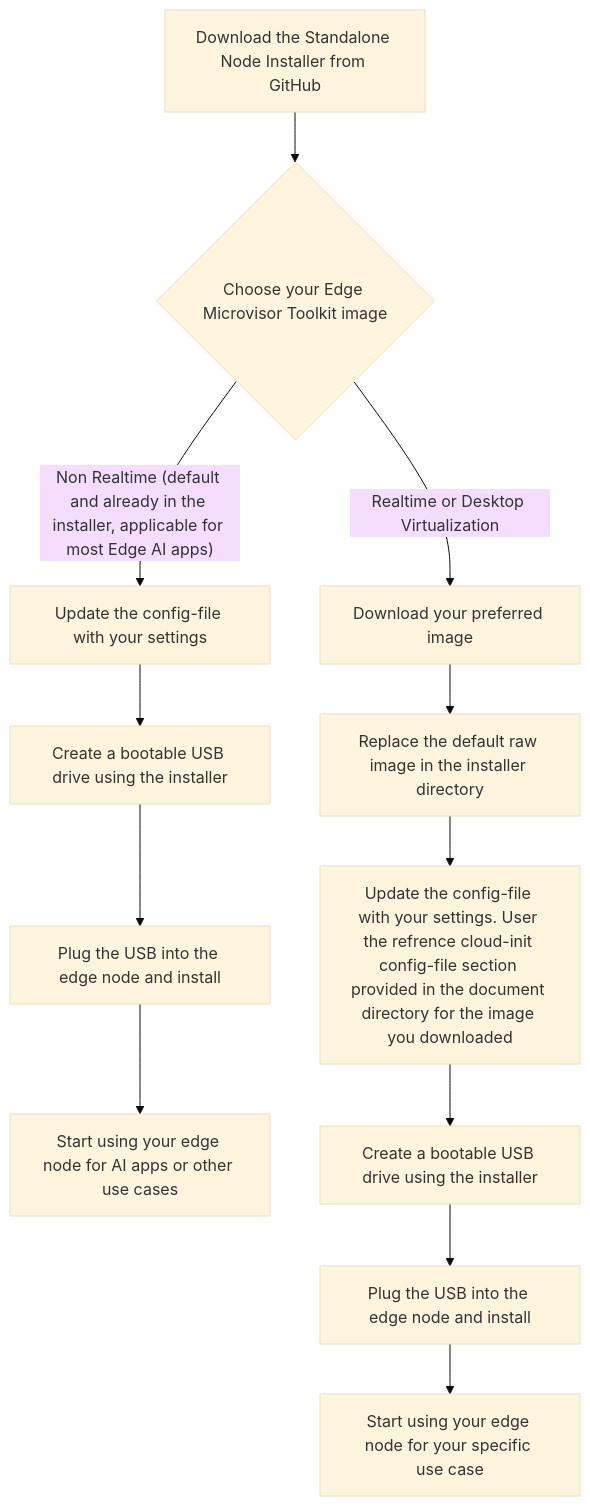
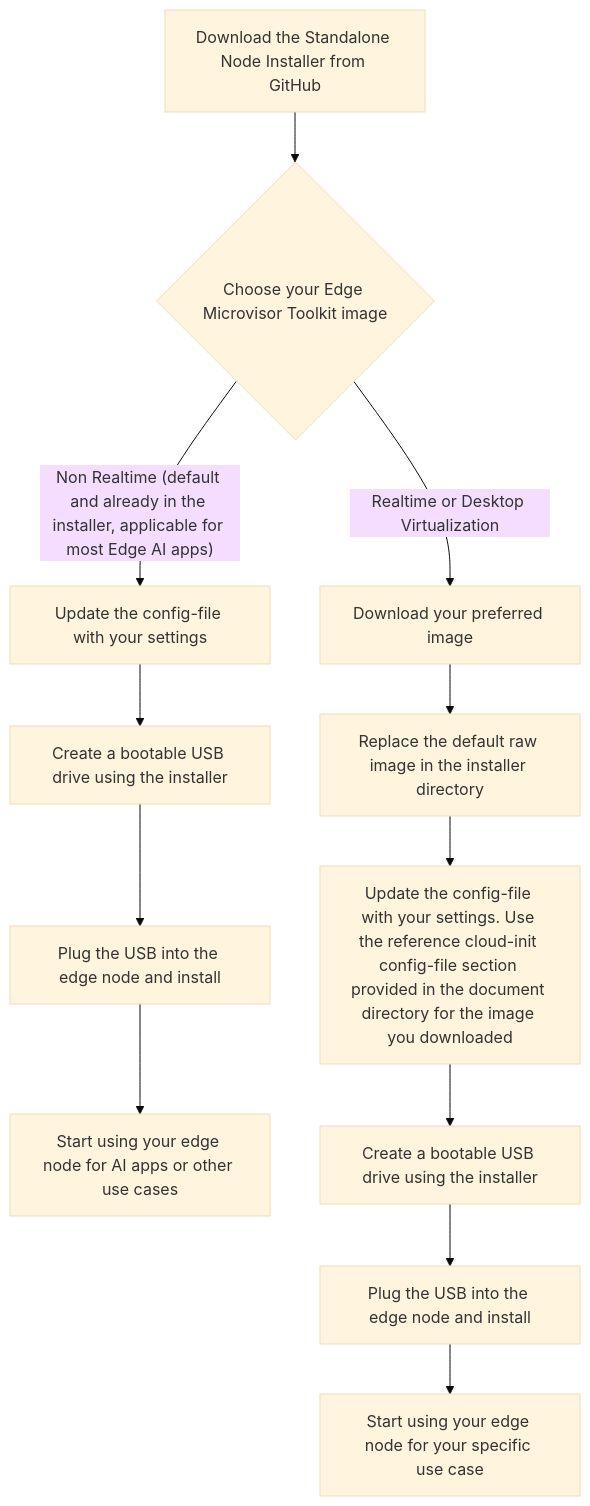
The diagram in standalone-node/docs/user-guide/Get-Started-Guide.md (open-edge-platform/edge-microvisor-toolkit-standalone-node), drawn with Mermaid (base theme) before and after one commit. The commit also changed other lines of this file, not shown here.

Commit message:
added image replace step on usb and fix lint

````diff
--- a/standalone-node/docs/user-guide/Get-Started-Guide.md
+++ b/standalone-node/docs/user-guide/Get-Started-Guide.md
@@ -53,16 +54,16 @@
 ```mermaid
 flowchart TD
    A[Download the Standalone Node Installer from GitHub]
    A --> B{Choose your Edge Microvisor Toolkit image}
    B -- "Non Realtime (default and already in the installer, applicable for most Edge AI apps)" --> C[Update the config-file with your settings]
    C --> D[Create a bootable USB drive using the installer]
    D --> E[Plug the USB into the edge node and install]
    E --> F[Start using your edge node for AI apps or other use cases]
 
    B -- "Realtime or Desktop Virtualization" --> G[Download your preferred image]
    G --> H[Replace the default raw image in the installer directory]
-   H --> I[Update the config-file with your settings. User the refrence cloud-init config-file section provided in the document directory for the image you downloaded]
+   H --> I[Update the config-file with your settings. Use the reference cloud-init config-file section provided in the document directory for the image you downloaded]
    I --> J[Create a bootable USB drive using the installer]
    J --> K[Plug the USB into the edge node and install]
    K --> L[Start using your edge node for your specific use case]
 ```
````
